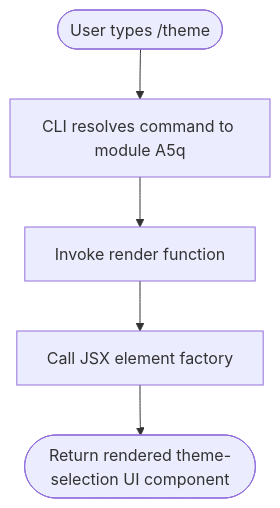
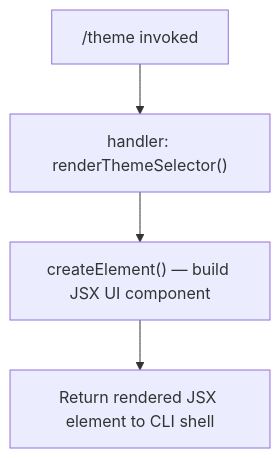
One commit to MyLittleLuckyDog/cc-gnothi changed the diagram in versions/v2.1.132/theme.md. Above: the diagram before and after it, drawn with Mermaid. The commit also changed other lines of this file and 96 other files, not shown here.

````diff
--- a/versions/v2.1.132/theme.md
+++ b/versions/v2.1.132/theme.md
@@ -41,7 +56,6 @@
 ```mermaid
 flowchart TD
-    A([User types /theme]) --> B[CLI resolves command to module A5q]
-    B --> C[Invoke render function]
-    C --> D[Call JSX element factory]
-    D --> E([Return rendered theme-selection UI component])
+    A["/theme invoked"] --> B["handler: renderThemeSelector()"]
+    B --> C["createElement() — build JSX UI component"]
+    C --> D["Return rendered JSX element to CLI shell"]
 ```
````
